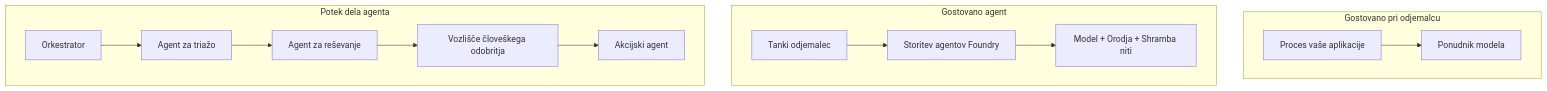
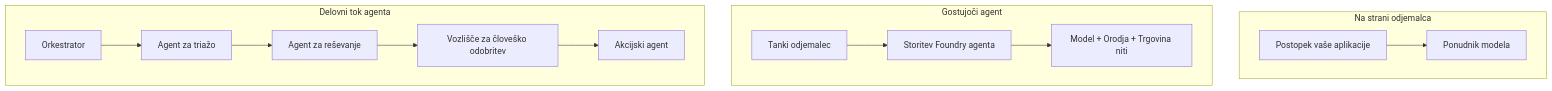
The first of 4 diagrams in mirrors/repos/microsoft@ai-agents-for-beginners/translations/sl/16-deploying-scalable-agents/README.md (gabrielmoreira/agent-skills-mirror), drawn with Mermaid before and after one commit. The commit also changed other lines of this file and 3581 other files, not shown here.

````diff
--- a/mirrors/repos/microsoft@ai-agents-for-beginners/translations/sl/16-deploying-scalable-agents/README.md
+++ b/mirrors/repos/microsoft@ai-agents-for-beginners/translations/sl/16-deploying-scalable-agents/README.md
@@ -87,16 +87,16 @@
 ```mermaid
 flowchart TB
-    subgraph P1[Gostovano pri odjemalcu]
-        A1[Proces vaše aplikacije] --> M1[Ponudnik modela]
+    subgraph P1[Na strani odjemalca]
+        A1[Postopek vaše aplikacije] --> M1[Ponudnik modela]
     end
-    subgraph P2[Gostovano agent]
-        A2[Tanki odjemalec] --> F2[Storitev agentov Foundry]
-        F2 --> M2[Model + Orodja + Shramba niti]
+    subgraph P2[Gostujoči agent]
+        A2[Tanki odjemalec] --> F2[Storitev Foundry agenta]
+        F2 --> M2[Model + Orodja + Trgovina niti]
     end
-    subgraph P3[Potek dela agenta]
+    subgraph P3[Delovni tok agenta]
         A3[Orkestrator] --> S1[Agent za triažo]
         S1 --> S2[Agent za reševanje]
-        S2 --> H[Vozlišče človeškega odobritja]
+        S2 --> H[Vozlišče za človeško odobritev]
         H --> S3[Akcijski agent]
     end
 ```
````
